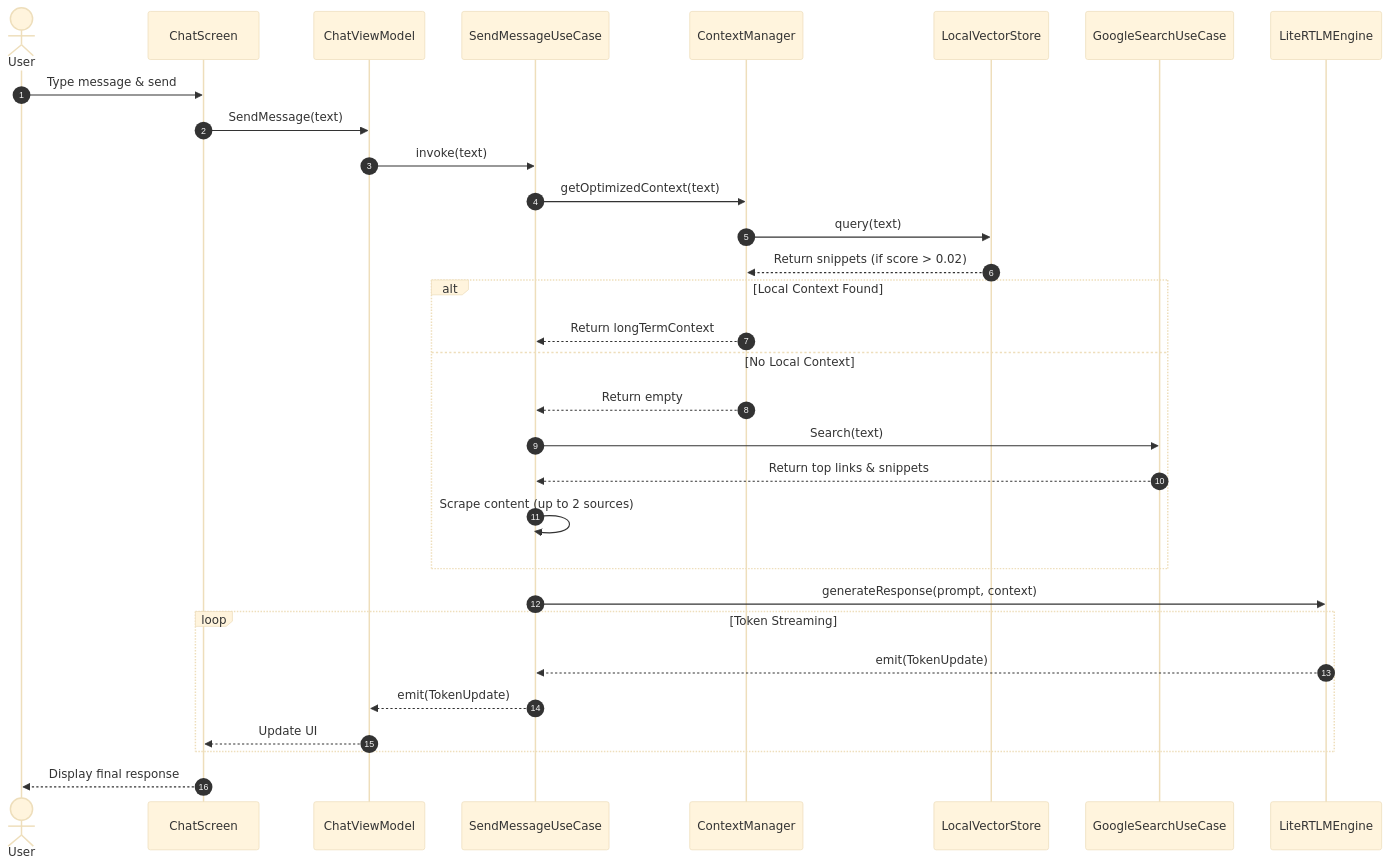
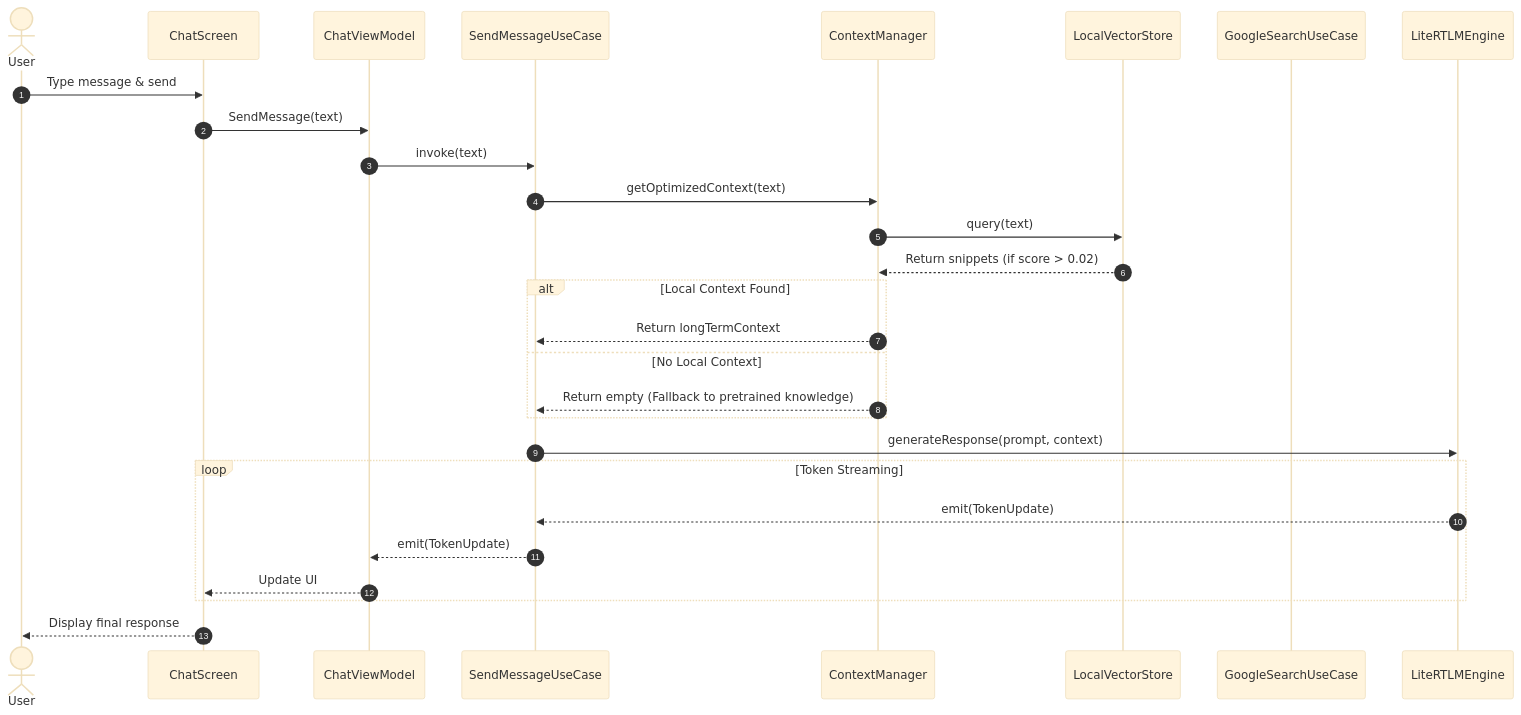
One commit to kallolchakraborty/Chhanda-AI changed the third of 3 diagrams in README.md. Above: the diagram before and after it, drawn with Mermaid (base theme). The commit also changed other lines of this file and 5 other files, not shown here.

````diff
--- a/README.md
+++ b/README.md
@@ -122,36 +121,33 @@
 ```mermaid
 sequenceDiagram
     autonumber
     actor User
     participant CS as ChatScreen
     participant VM as ChatViewModel
     participant UC as SendMessageUseCase
     participant CM as ContextManager
     participant VS as LocalVectorStore
     participant GS as GoogleSearchUseCase
     participant LE as LiteRTLMEngine
     
     User->>CS: Type message & send
     CS->>VM: SendMessage(text)
     VM->>UC: invoke(text)
     UC->>CM: getOptimizedContext(text)
     CM->>VS: query(text)
     VS-->>CM: Return snippets (if score > 0.02)
     
     alt Local Context Found
         CM-->>UC: Return longTermContext
     else No Local Context
-        CM-->>UC: Return empty
-        UC->>GS: Search(text)
-        GS-->>UC: Return top links & snippets
-        UC->>UC: Scrape content (up to 2 sources)
+        CM-->>UC: Return empty (Fallback to pretrained knowledge)
     end
     
     UC->>LE: generateResponse(prompt, context)
     loop Token Streaming
         LE-->>UC: emit(TokenUpdate)
         UC-->>VM: emit(TokenUpdate)
         VM-->>CS: Update UI
     end
     CS-->>User: Display final response
 ```
````
